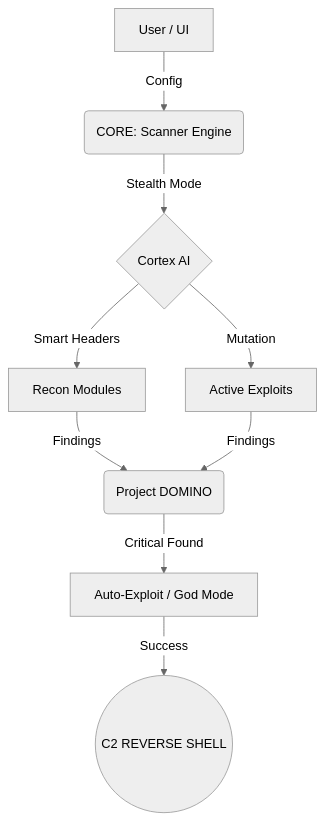
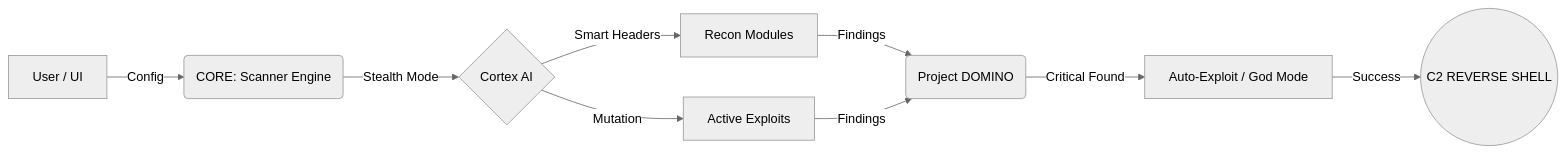
Before and after one commit to Meow-011/LOCKON-ORBITAL-STRIKE: the diagram in README.md, drawn with Mermaid (neutral theme). The commit also changed other lines of this file, not shown here.

Commit message:
Update README: Full Arsenal List & Horizontal Architecture

````diff
--- a/README.md
+++ b/README.md
@@ -43,10 +35,10 @@
 ```mermaid
-graph TD
+graph LR
     A[User / UI] -->|Config| B(CORE: Scanner Engine)
     B -->|Stealth Mode| C{Cortex AI}
     C -->|Smart Headers| D[Recon Modules]
     C -->|Mutation| E[Active Exploits]
     D & E -->|Findings| F(Project DOMINO)
     F -->|Critical Found| G[Auto-Exploit / God Mode]
     G -->|Success| H((C2 REVERSE SHELL))
 ```
````
